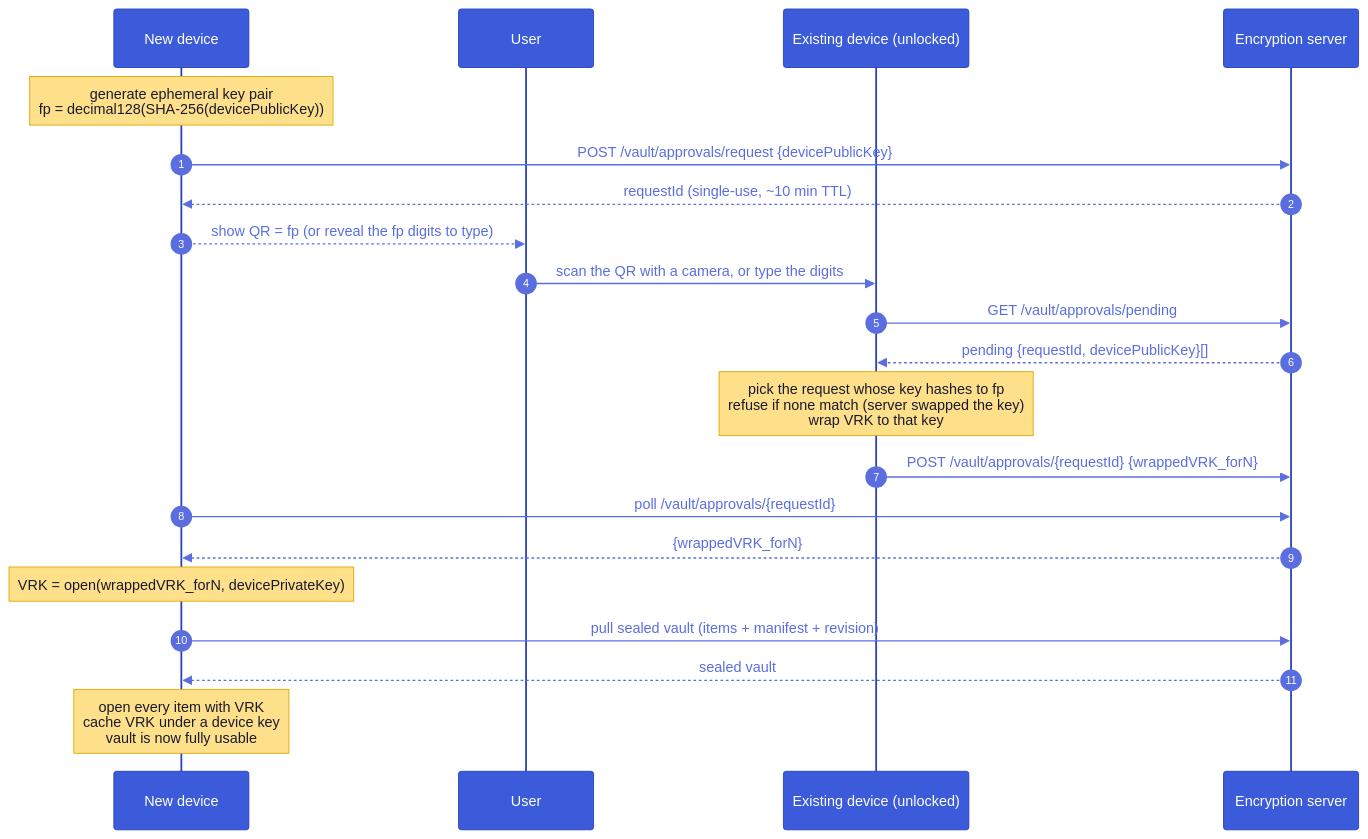
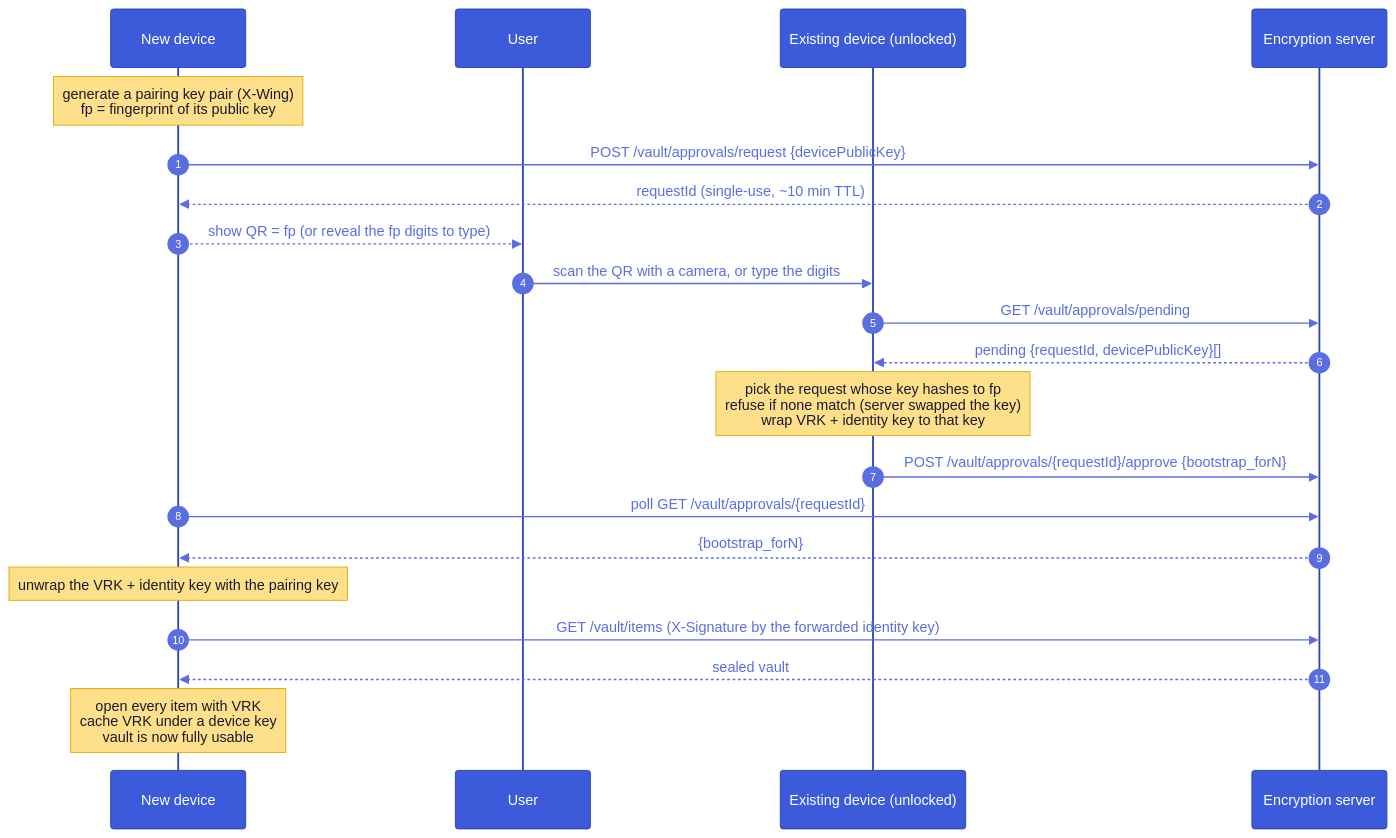
Diagram 13 of 22 in architecture.md (suitenumerique/encryption), drawn with Mermaid before and after one commit. The commit also changed other lines of this file, not shown here.

````diff
--- a/architecture.md
+++ b/architecture.md
@@ -673,24 +1016,24 @@
 ```mermaid
 %%{init: {'theme':'base','themeVariables':{'actorBkg':'#3b5bdb','actorTextColor':'#fff','actorBorder':'#2942b8','signalColor':'#5b6ee0','signalTextColor':'#5b6ee0','noteBkgColor':'#ffe08a','noteTextColor':'#1a1a2e','noteBorderColor':'#e0a800','sequenceNumberColor':'#fff'}}}%%
 sequenceDiagram
   autonumber
   participant N as New device
   participant U as User
   participant E as Existing device (unlocked)
   participant API as Encryption server
-  Note over N: generate ephemeral key pair<br/>fp = decimal128(SHA-256(devicePublicKey))
+  Note over N: generate a pairing key pair (X-Wing)<br/>fp = fingerprint of its public key
   N->>API: POST /vault/approvals/request {devicePublicKey}
   API-->>N: requestId (single-use, ~10 min TTL)
   N-->>U: show QR = fp (or reveal the fp digits to type)
   U->>E: scan the QR with a camera, or type the digits
   E->>API: GET /vault/approvals/pending
   API-->>E: pending {requestId, devicePublicKey}[]
-  Note over E: pick the request whose key hashes to fp<br/>refuse if none match (server swapped the key)<br/>wrap VRK to that key
-  E->>API: POST /vault/approvals/{requestId} {wrappedVRK_forN}
-  N->>API: poll /vault/approvals/{requestId}
-  API-->>N: {wrappedVRK_forN}
-  Note over N: VRK = open(wrappedVRK_forN, devicePrivateKey)
-  N->>API: pull sealed vault (items + manifest + revision)
+  Note over E: pick the request whose key hashes to fp<br/>refuse if none match (server swapped the key)<br/>wrap VRK + identity key to that key
+  E->>API: POST /vault/approvals/{requestId}/approve {bootstrap_forN}
+  N->>API: poll GET /vault/approvals/{requestId}
+  API-->>N: {bootstrap_forN}
+  Note over N: unwrap the VRK + identity key with the pairing key
+  N->>API: GET /vault/items (X-Signature by the forwarded identity key)
   API-->>N: sealed vault
   Note over N: open every item with VRK<br/>cache VRK under a device key<br/>vault is now fully usable
 ```
````
